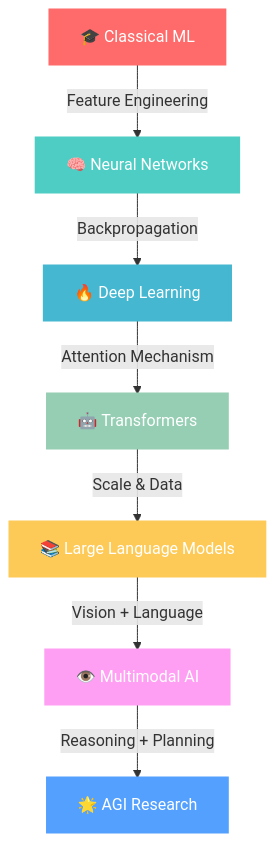
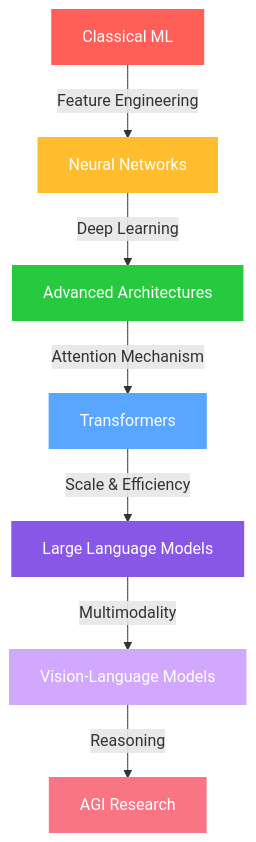
The diagram in README.md (mandrita16/mandrita16), drawn with Mermaid before and after one commit. The commit also changed other lines of this file, not shown here.

````diff
--- a/README.md
+++ b/README.md
@@ -141,17 +98,17 @@
 ```mermaid
 graph TD
-    A["🎓 Classical ML"] -->|Feature Engineering| B["🧠 Neural Networks"]
-    B -->|Backpropagation| C["🔥 Deep Learning"]
-    C -->|Attention Mechanism| D["🤖 Transformers"]
-    D -->|Scale & Data| E["📚 Large Language Models"]
-    E -->|Vision + Language| F["👁️ Multimodal AI"]
-    F -->|Reasoning + Planning| G["🌟 AGI Research"]
+    A[Classical ML] -->|Feature Engineering| B[Neural Networks]
+    B -->|Deep Learning| C[Advanced Architectures]
+    C -->|Attention Mechanism| D[Transformers]
+    D -->|Scale & Efficiency| E[Large Language Models]
+    E -->|Multimodality| F[Vision-Language Models]
+    F -->|Reasoning| G[AGI Research]
     
-    style A fill:#ff6b6b,stroke:#ff6b6b,color:white,stroke-width:3px
-    style B fill:#4ecdc4,stroke:#4ecdc4,color:white,stroke-width:3px
-    style C fill:#45b7d1,stroke:#45b7d1,color:white,stroke-width:3px
-    style D fill:#96ceb4,stroke:#96ceb4,color:white,stroke-width:3px
-    style E fill:#feca57,stroke:#feca57,color:white,stroke-width:3px
-    style F fill:#ff9ff3,stroke:#ff9ff3,color:white,stroke-width:3px
-    style G fill:#54a0ff,stroke:#54a0ff,color:white,stroke-width:3px
+    style A fill:#ff5f56,stroke:#ff5f56,color:white,stroke-width:2px
+    style B fill:#ffbd2e,stroke:#ffbd2e,color:white,stroke-width:2px
+    style C fill:#27c93f,stroke:#27c93f,color:white,stroke-width:2px
+    style D fill:#58a6ff,stroke:#58a6ff,color:white,stroke-width:2px
+    style E fill:#8957e5,stroke:#8957e5,color:white,stroke-width:2px
+    style F fill:#d2a8ff,stroke:#d2a8ff,color:white,stroke-width:2px
+    style G fill:#f97583,stroke:#f97583,color:white,stroke-width:2px
 ```
````
